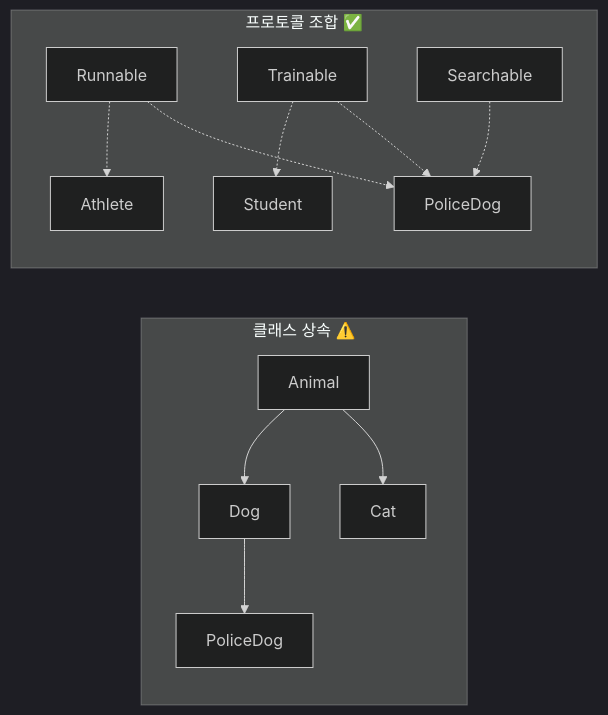
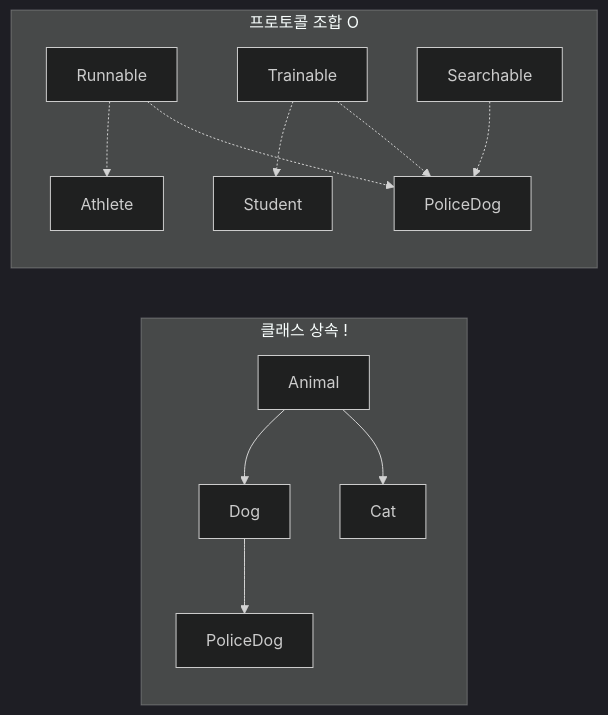
Before and after one commit to jsonpassion/forge-tutorial-swift: the fourth of 4 diagrams in 02-swift-types/03-protocols-extensions.md, drawn with Mermaid (dark theme). The commit also changed other lines of this file and 69 other files, not shown here.

````diff
--- a/02-swift-types/03-protocols-extensions.md
+++ b/02-swift-types/03-protocols-extensions.md
@@ -452,17 +452,17 @@
 ```mermaid
 flowchart LR
-    subgraph 상속["클래스 상속 ⚠️"]
+    subgraph 상속["클래스 상속 !"]
         direction TB
         GA["Animal"] --> GB["Dog"]
         GA --> GC["Cat"]
         GB --> GD["PoliceDog"]
     end
-    subgraph 프로토콜["프로토콜 조합 ✅"]
+    subgraph 프로토콜["프로토콜 조합 O"]
         direction TB
         PA["Runnable"] -.-> PD2["PoliceDog"]
         PB["Trainable"] -.-> PD2
         PC["Searchable"] -.-> PD2
         PA -.-> PE["Athlete"]
         PB -.-> PF["Student"]
     end
 ```
````
